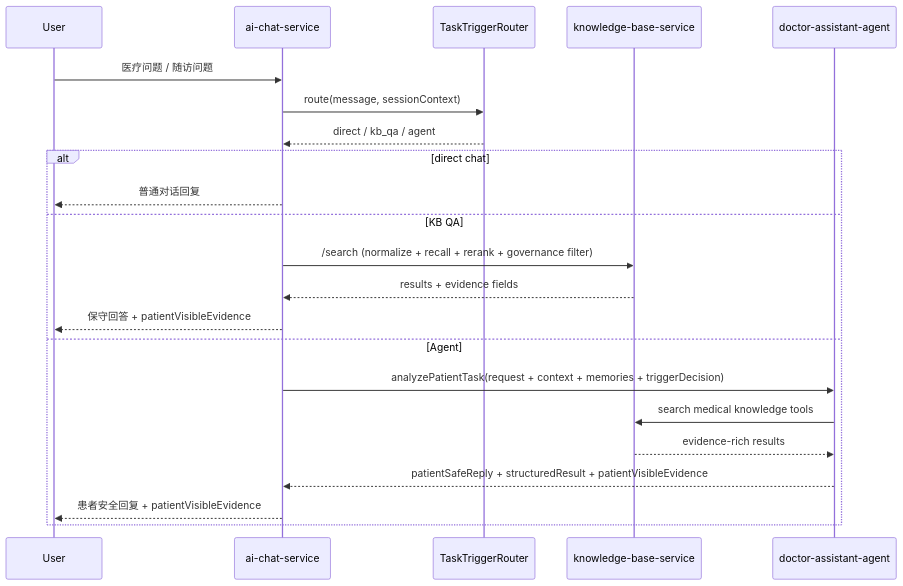
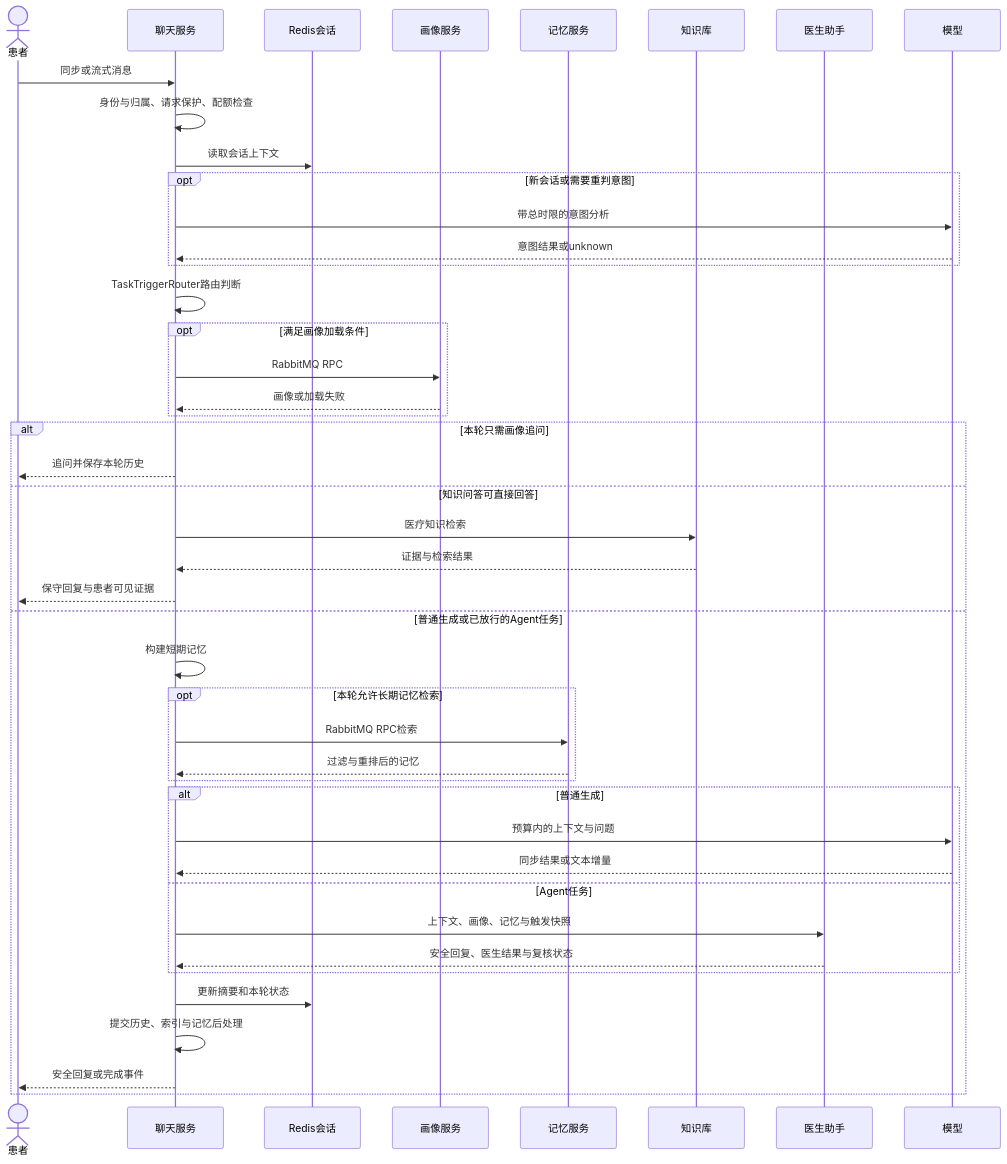
One commit to ljbclannad/code-snippets changed the second of 2 diagrams in governance-suite/ai/智能对话与医生助手整合时序图.md. Above: the diagram before and after it, drawn with Mermaid. The commit also changed other lines of this file and 17 other files, not shown here.

````diff
--- a/governance-suite/ai/智能对话与医生助手整合时序图.md
+++ b/governance-suite/ai/智能对话与医生助手整合时序图.md
@@ -48,26 +49,46 @@
 ```mermaid
 sequenceDiagram
-    participant U as User
-    participant C as ai-chat-service
-    participant R as TaskTriggerRouter
-    participant KB as knowledge-base-service
-    participant A as doctor-assistant-agent
-
-    U->>C: 医疗问题 / 随访问题
-    C->>R: route(message, sessionContext)
-    R-->>C: direct / kb_qa / agent
-
-    alt direct chat
-        C-->>U: 普通对话回复
-    else KB QA
-        C->>KB: /search (normalize + recall + rerank + governance filter)
-        KB-->>C: results + evidence fields
-        C-->>U: 保守回答 + patientVisibleEvidence
-    else Agent
-        C->>A: analyzePatientTask(request + context + memories + triggerDecision)
-        A->>KB: search medical knowledge tools
-        KB-->>A: evidence-rich results
-        A-->>C: patientSafeReply + structuredResult + patientVisibleEvidence
-        C-->>U: 患者安全回复 + patientVisibleEvidence
+    actor U as 患者
+    participant C as 聊天服务
+    participant S as Redis会话
+    participant P as 画像服务
+    participant V as 记忆服务
+    participant K as 知识库
+    participant A as 医生助手
+    participant L as 模型
+    U->>C: 同步或流式消息
+    C->>C: 身份与归属、请求保护、配额检查
+    C->>S: 读取会话上下文
+    opt 新会话或需要重判意图
+        C->>L: 带总时限的意图分析
+        L-->>C: 意图结果或unknown
+    end
+    C->>C: TaskTriggerRouter路由判断
+    opt 满足画像加载条件
+        C->>P: RabbitMQ RPC
+        P-->>C: 画像或加载失败
+    end
+    alt 本轮只需画像追问
+        C-->>U: 追问并保存本轮历史
+    else 知识问答可直接回答
+        C->>K: 医疗知识检索
+        K-->>C: 证据与检索结果
+        C-->>U: 保守回复与患者可见证据
+    else 普通生成或已放行的Agent任务
+        C->>C: 构建短期记忆
+        opt 本轮允许长期记忆检索
+            C->>V: RabbitMQ RPC检索
+            V-->>C: 过滤与重排后的记忆
+        end
+        alt 普通生成
+            C->>L: 预算内的上下文与问题
+            L-->>C: 同步结果或文本增量
+        else Agent任务
+            C->>A: 上下文、画像、记忆与触发快照
+            A-->>C: 安全回复、医生结果与复核状态
+        end
+        C->>S: 更新摘要和本轮状态
+        C->>C: 提交历史、索引与记忆后处理
+        C-->>U: 安全回复或完成事件
     end
 ```
````
